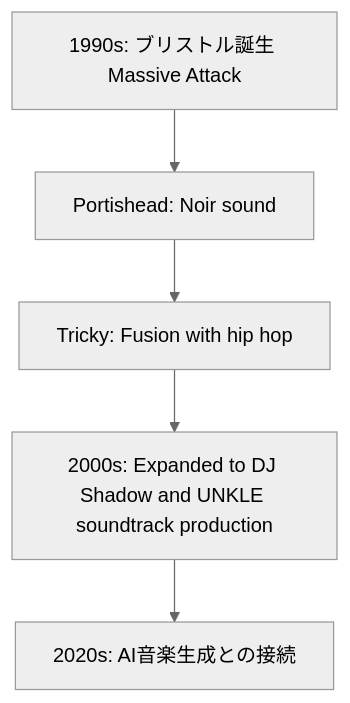
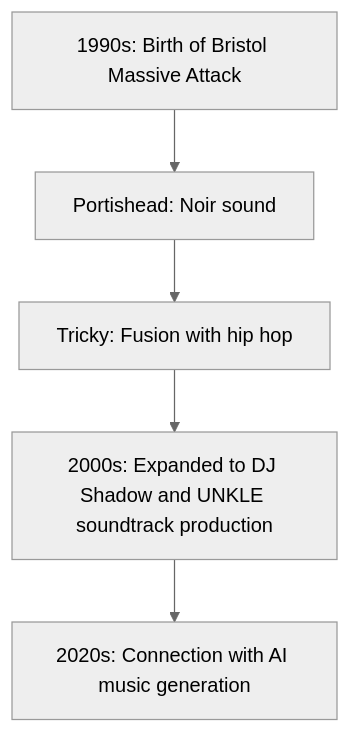
One commit to monumental-movement/monumental-movement.github.io changed the first of 2 diagrams in en/_posts/2025-09-21-Column-Triphop.md. Above: the diagram before and after it, drawn with Mermaid (neutral theme). The commit also changed other lines of this file and 851 other files, not shown here.

```diff
--- a/en/_posts/2025-09-21-Column-Triphop.md
+++ b/en/_posts/2025-09-21-Column-Triphop.md
@@ -54,7 +54,7 @@
 <div class="mermaid">
 flowchart TD
-    A["1990s: ブリストル誕生 Massive Attack"] --> B["Portishead: Noir sound"]
+    A["1990s: Birth of Bristol Massive Attack"] --> B["Portishead: Noir sound"]
     B --> C["Tricky: Fusion with hip hop"]
     C --> D["2000s: Expanded to DJ Shadow and UNKLE soundtrack production"]
-    D --> E["2020s: AI音楽生成との接続"]
+    D --> E["2020s: Connection with AI music generation"]
 </div>
```
